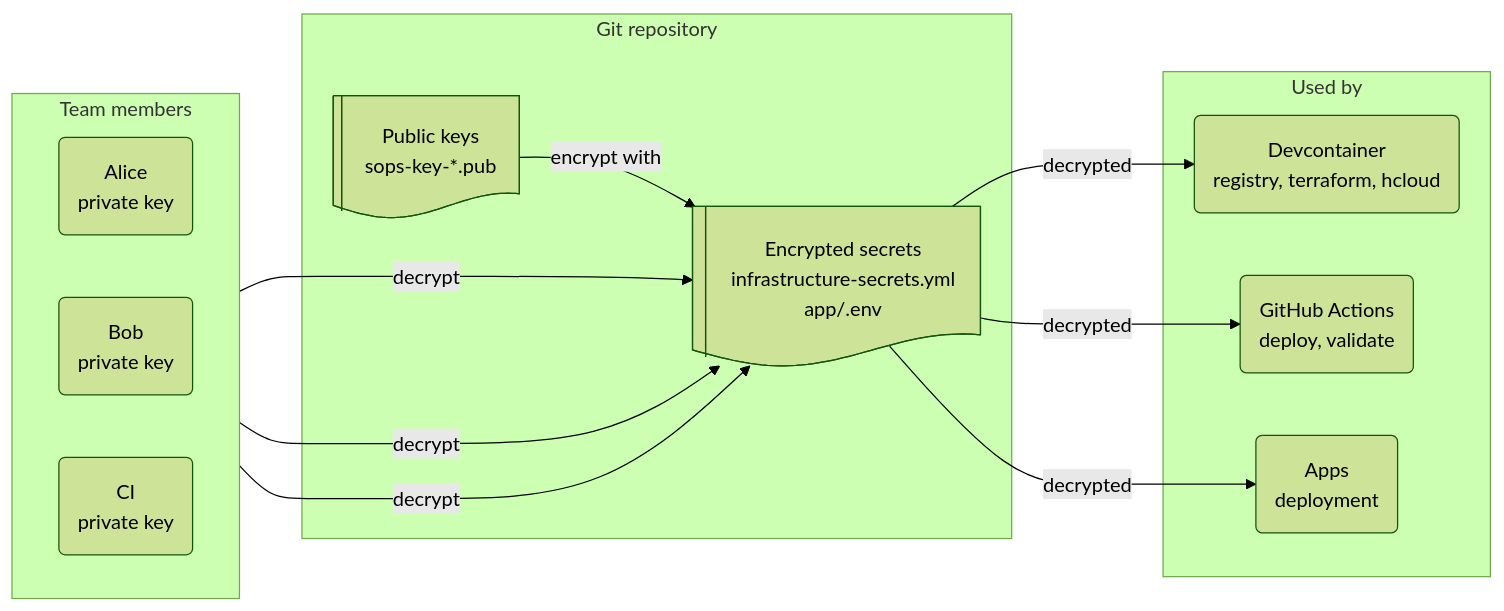
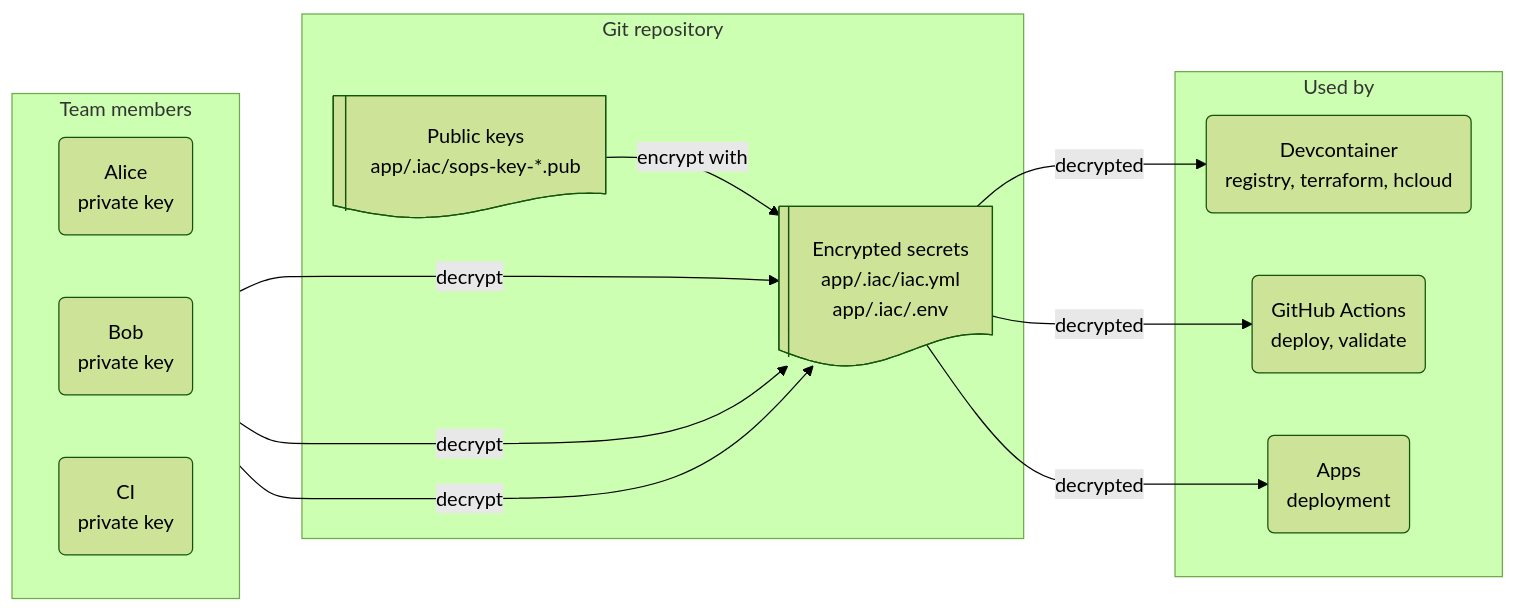
The diagram in docs/secrets.md (rednaw/iac), drawn with Mermaid (forest theme) before and after one commit. The commit also changed other lines of this file and 23 other files, not shown here.

````diff
--- a/docs/secrets.md
+++ b/docs/secrets.md
@@ -7,28 +7,28 @@
 ```mermaid
 flowchart LR
     subgraph TEAM["Team members"]
         direction LR
         T1(Alice<br/>private key)
         T2(Bob<br/>private key)
         T3(CI<br/>private key)
     end
 
     subgraph GIT["Git repository"]
-        S@{ shape: lin-doc, label: "Encrypted secrets<br/>infrastructure-secrets.yml<br/>app/.env" }
-        P@{ shape: lin-doc, label: "Public keys<br/>sops-key-*.pub" }
+        S@{ shape: lin-doc, label: "Encrypted secrets<br/>app/.iac/iac.yml<br/>app/.iac/.env" }
+        P@{ shape: lin-doc, label: "Public keys<br/>app/.iac/sops-key-*.pub" }
     end
 
     subgraph USE["Used by"]
         D(Devcontainer<br/>registry, terraform, hcloud)
         G(GitHub Actions<br/>deploy, validate)
         A(Apps<br/>deployment)
     end
 
     T1 --->|decrypt| S
     T2 -->|decrypt| S
     T3 -->|decrypt| S
     S -->|decrypted| D
     S -->|decrypted| G
     S -->|decrypted| A
     P -->|encrypt with| S
 ```
````
